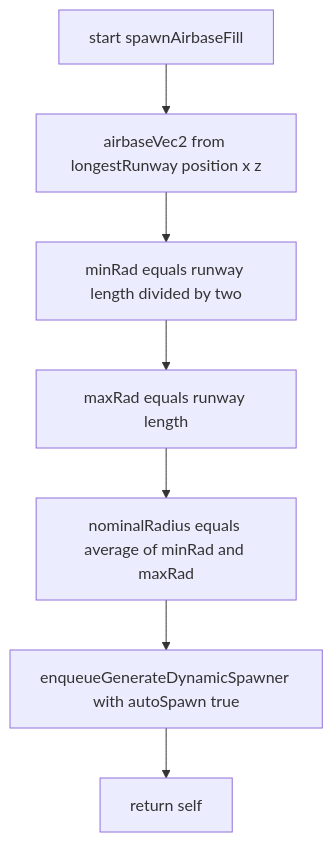
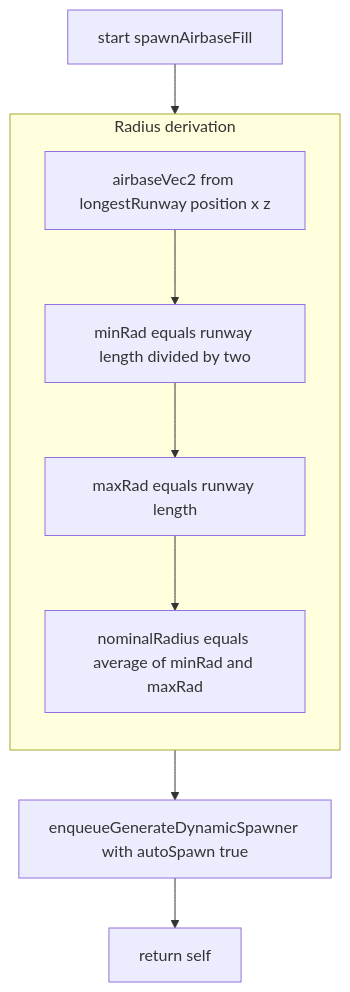
The fifth of 5 diagrams in docs/spawner/auxiliary.md (Gh0st352/AETHR), drawn with Mermaid before and after one commit. The commit also changed other lines of this file and 9 other files, not shown here.

First line of the commit message:
docs(spawner, mermaid): restructure diagrams and clarify headings

````diff
--- a/docs/spawner/auxiliary.md
+++ b/docs/spawner/auxiliary.md
@@ -80,9 +113,16 @@
 ```mermaid
+%% shared theme: docs/_mermaid/theme.json %%
 flowchart TB
   S0[start spawnAirbaseFill] --> S1[airbaseVec2 from longestRunway position x z]
-  S1 --> S2[minRad equals runway length divided by two]
-  S2 --> S3[maxRad equals runway length]
-  S3 --> S4[nominalRadius equals average of minRad and maxRad]
+  subgraph "Radius derivation"
+    direction TB
+    S1 --> S2[minRad equals runway length divided by two]
+    S2 --> S3[maxRad equals runway length]
+    S3 --> S4[nominalRadius equals average of minRad and maxRad]
+  end
   S4 --> S5[enqueueGenerateDynamicSpawner with autoSpawn true]
   S5 --> OUT[return self]
+  class S0 class_io;
+  class S1,S2,S3,S4,S5 class_step;
+  class OUT class_result;
 ```
````
